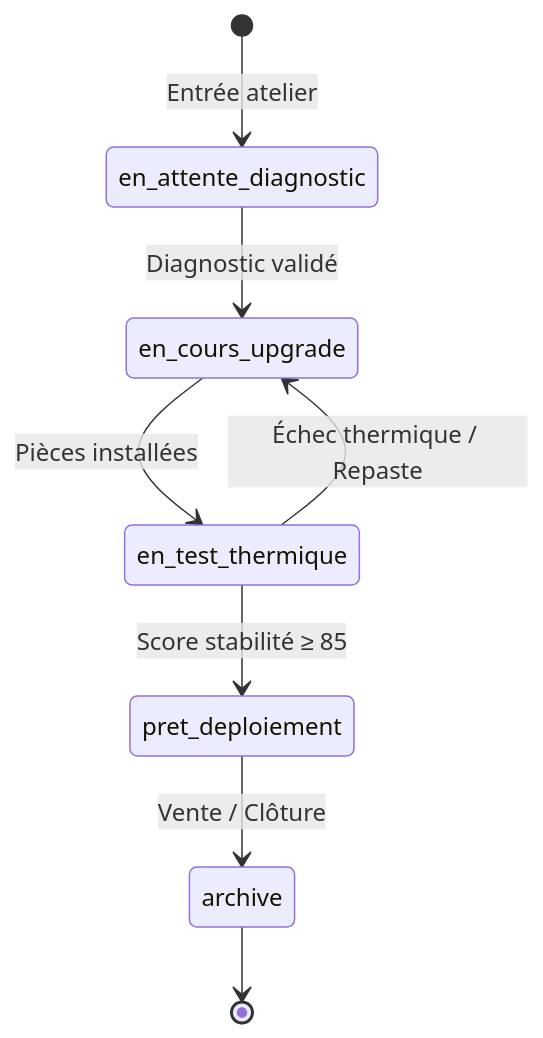
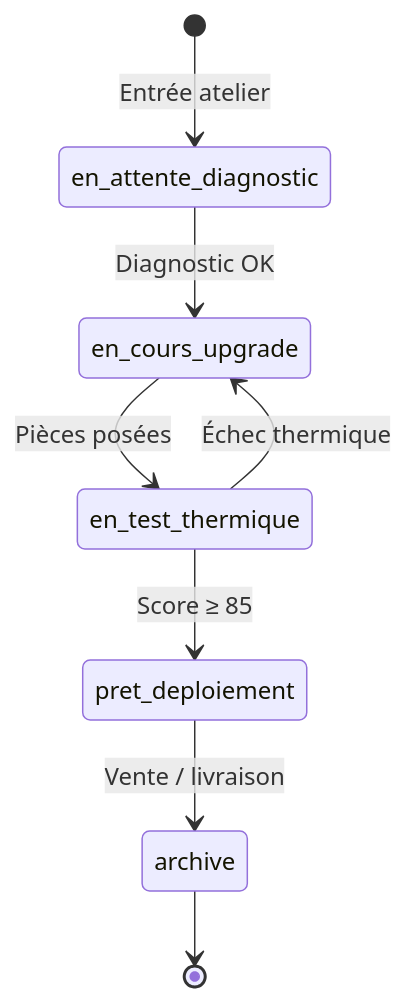
One commit to martialzinsou/roverit changed the first of 3 diagrams in docs/wiki/02-Gestion-Atelier-Reconditionnement.md. Above: the diagram before and after it, drawn with Mermaid. The commit also changed other lines of this file and 10 other files, not shown here.

First line of the commit message:
docs: wiki complet avec schémas UML Mermaid et fix vite base

````diff
--- a/docs/wiki/02-Gestion-Atelier-Reconditionnement.md
+++ b/docs/wiki/02-Gestion-Atelier-Reconditionnement.md
@@ -12,10 +9,10 @@
 ```mermaid
 stateDiagram-v2
     [*] --> en_attente_diagnostic : Entrée atelier
-    en_attente_diagnostic --> en_cours_upgrade : Diagnostic validé
-    en_cours_upgrade --> en_test_thermique : Pièces installées
-    en_test_thermique --> pret_deploiement : Score stabilité ≥ 85
-    en_test_thermique --> en_cours_upgrade : Échec thermique / Repaste
-    pret_deploiement --> archive : Vente / Clôture
+    en_attente_diagnostic --> en_cours_upgrade : Diagnostic OK
+    en_cours_upgrade --> en_test_thermique : Pièces posées
+    en_test_thermique --> pret_deploiement : Score ≥ 85
+    en_test_thermique --> en_cours_upgrade : Échec thermique
+    pret_deploiement --> archive : Vente / livraison
     archive --> [*]
 ```
````
